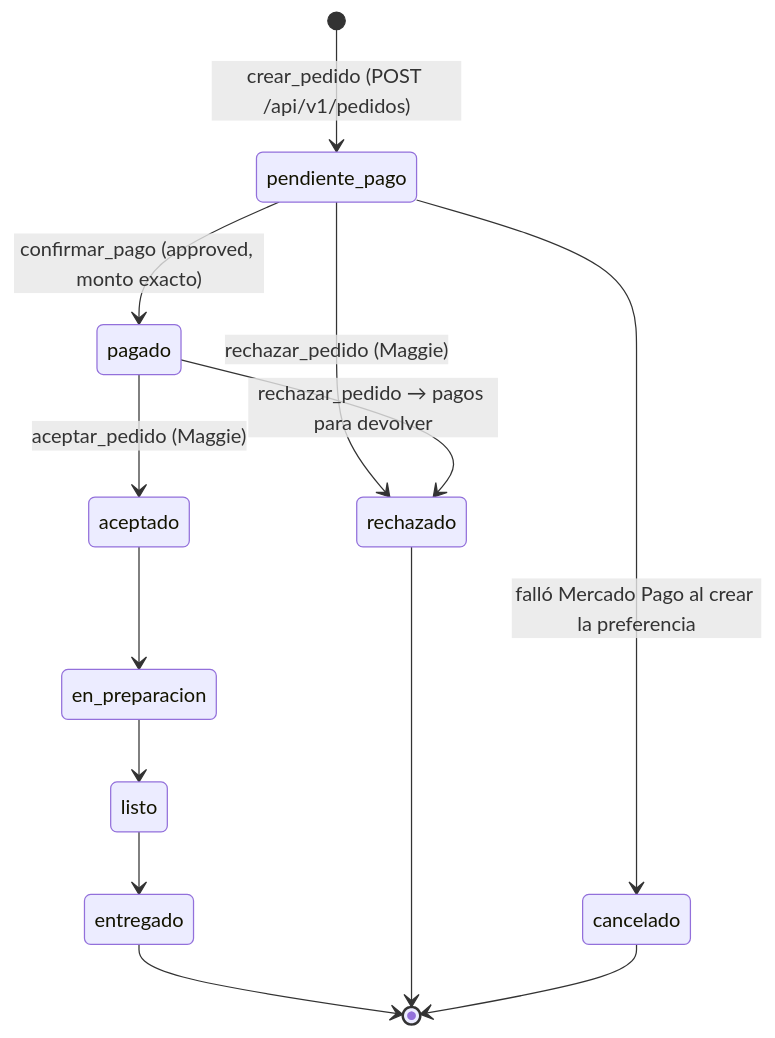
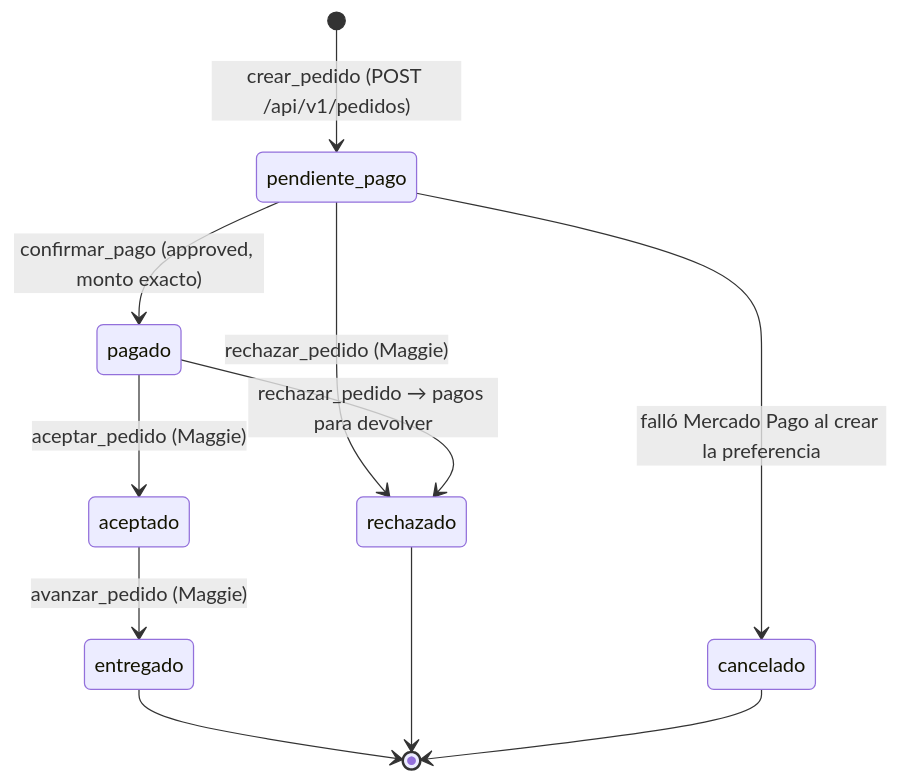
One commit to trevisancata/home-bakery changed the second of 4 diagrams in docs/modelo-de-datos.md. Above: the diagram before and after it, drawn with Mermaid. The commit also changed other lines of this file and 21 other files, not shown here.

````diff
--- a/docs/modelo-de-datos.md
+++ b/docs/modelo-de-datos.md
@@ -200,15 +205,13 @@
 ```mermaid
 stateDiagram-v2
   [*] --> pendiente_pago: crear_pedido (POST /api/v1/pedidos)
   pendiente_pago --> pagado: confirmar_pago (approved, monto exacto)
   pendiente_pago --> cancelado: falló Mercado Pago al crear la preferencia
   pendiente_pago --> rechazado: rechazar_pedido (Maggie)
   pagado --> aceptado: aceptar_pedido (Maggie)
   pagado --> rechazado: rechazar_pedido → pagos para devolver
-  aceptado --> en_preparacion
-  en_preparacion --> listo
-  listo --> entregado
+  aceptado --> entregado: avanzar_pedido (Maggie)
   entregado --> [*]
   rechazado --> [*]
   cancelado --> [*]
 ```
````
